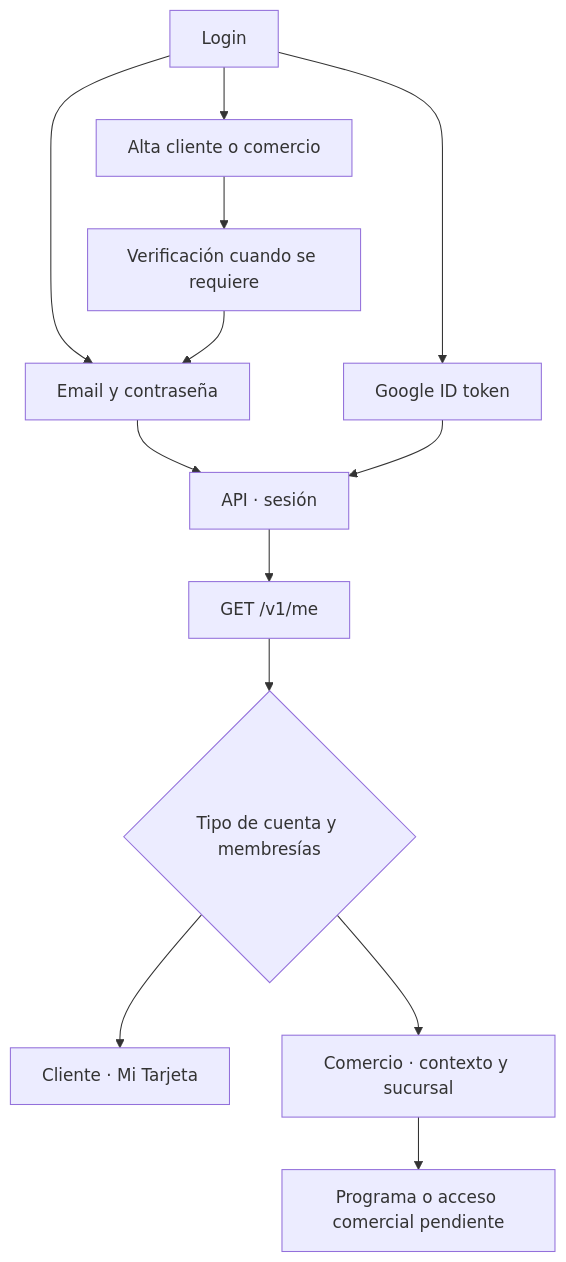
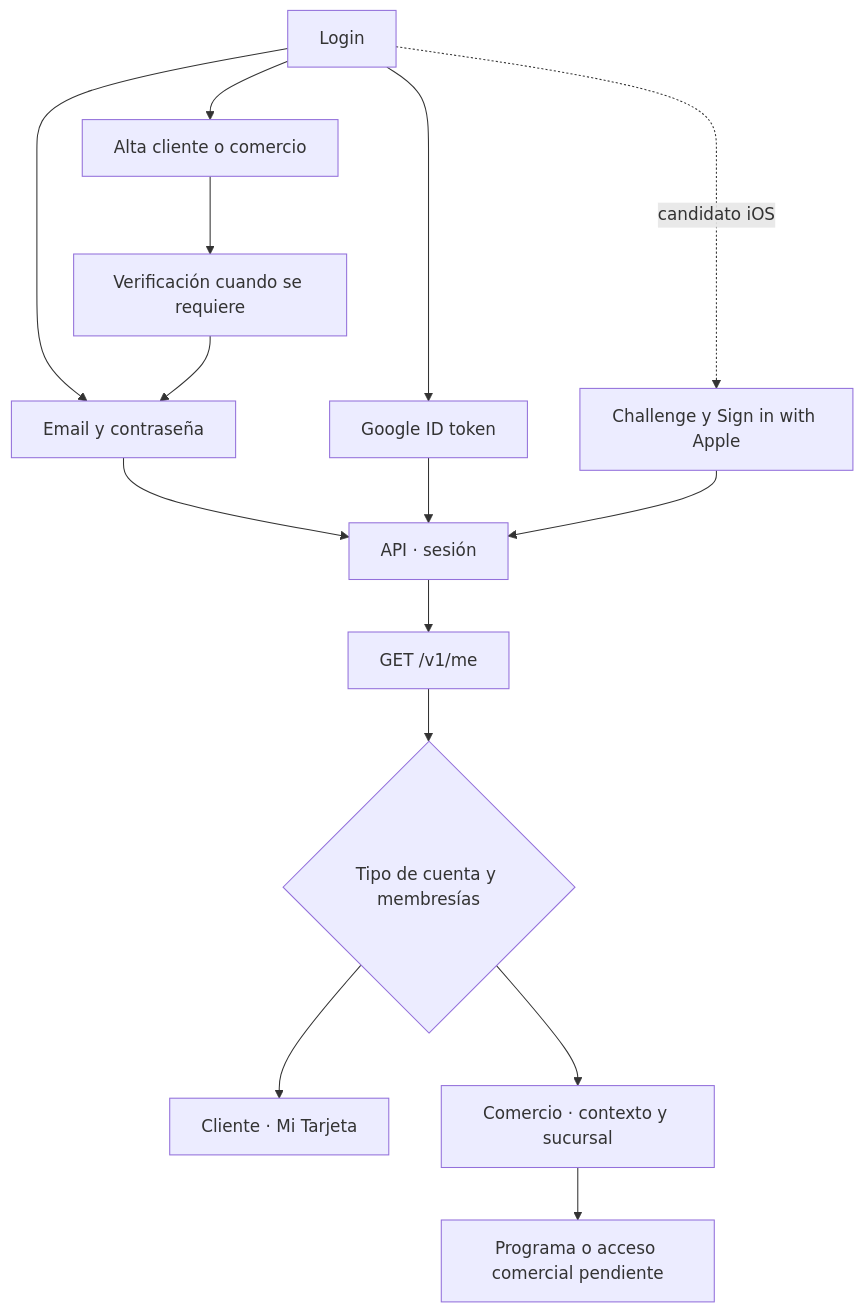
One commit to gagonzalez1/puntazo-docs changed the diagram in docs/flows/01-auth.md. Above: the diagram before and after it, drawn with Mermaid. The commit also changed other lines of this file and 16 other files, not shown here.

````diff
--- a/docs/flows/01-auth.md
+++ b/docs/flows/01-auth.md
@@ -17,15 +19,17 @@
 ```mermaid
 flowchart TD
  A[Login] --> E[Email y contraseña]
  A --> G[Google ID token]
+ A -. candidato iOS .-> AP[Challenge y Sign in with Apple]
  A --> R[Alta cliente o comercio]
  R --> V[Verificación cuando se requiere]
  E --> API[API · sesión]
  G --> API
+ AP --> API
  V --> E
  API --> ME[GET /v1/me]
  ME --> C{Tipo de cuenta y membresías}
  C --> U[Cliente · Mi Tarjeta]
  C --> M[Comercio · contexto y sucursal]
  M --> P[Programa o acceso comercial pendiente]
 ```
````
